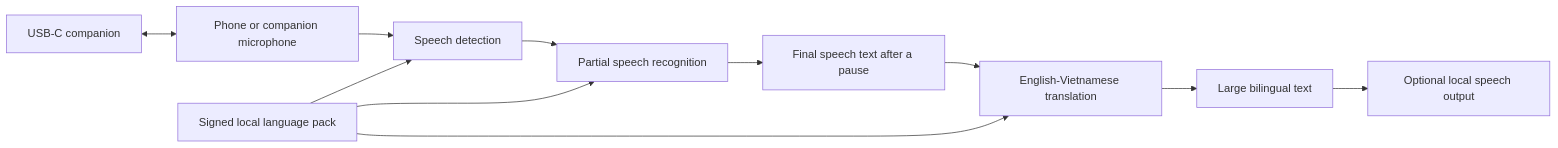
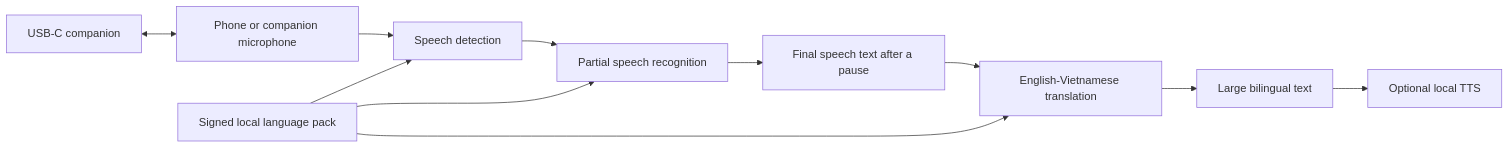
One commit to SIReal3103/VoiceKey changed the first of 2 diagrams in docs/voicekey/proposal/voicekey-technical-proposal.md. Above: the diagram before and after it, drawn with Mermaid. The commit also changed other lines of this file and 2 other files, not shown here.

````diff
--- a/docs/voicekey/proposal/voicekey-technical-proposal.md
+++ b/docs/voicekey/proposal/voicekey-technical-proposal.md
@@ -141,13 +141,13 @@
 ```mermaid
 flowchart LR
     A[Phone or companion microphone] --> B[Speech detection]
     B --> C[Partial speech recognition]
     C --> D[Final speech text after a pause]
     D --> E[English-Vietnamese translation]
     E --> F[Large bilingual text]
-    F --> G[Optional local speech output]
+    F --> G[Optional local TTS]
     H[Signed local language pack] --> B
     H --> C
     H --> E
     I[USB-C companion] <--> A
 ```
````
